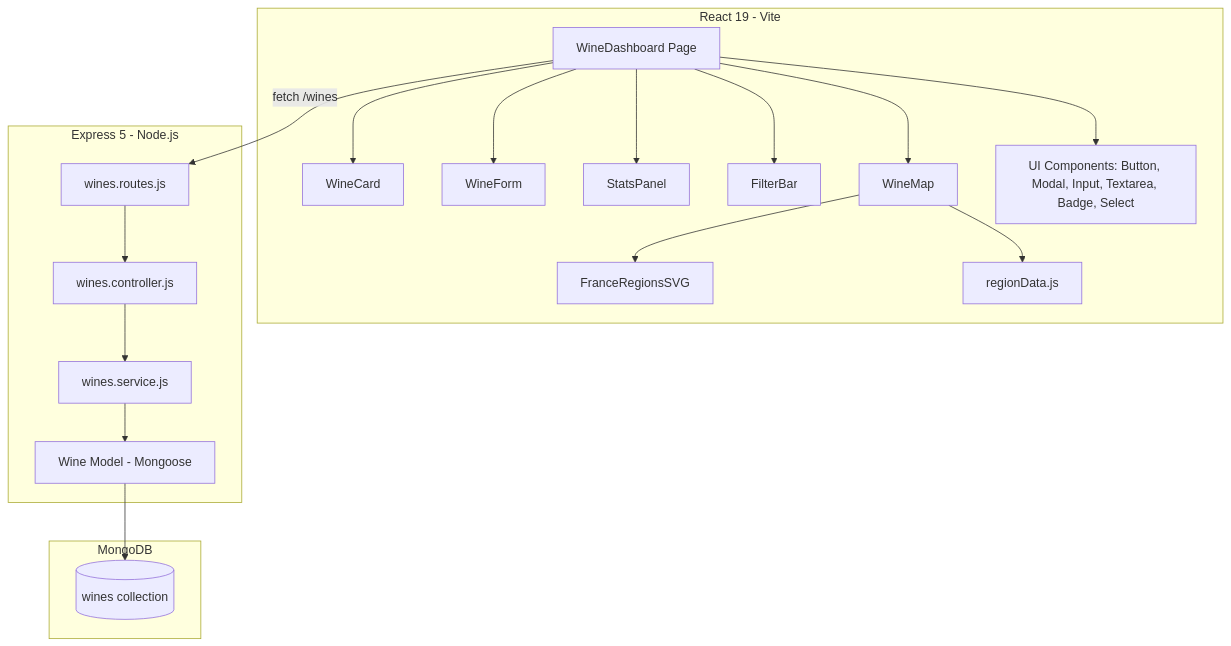
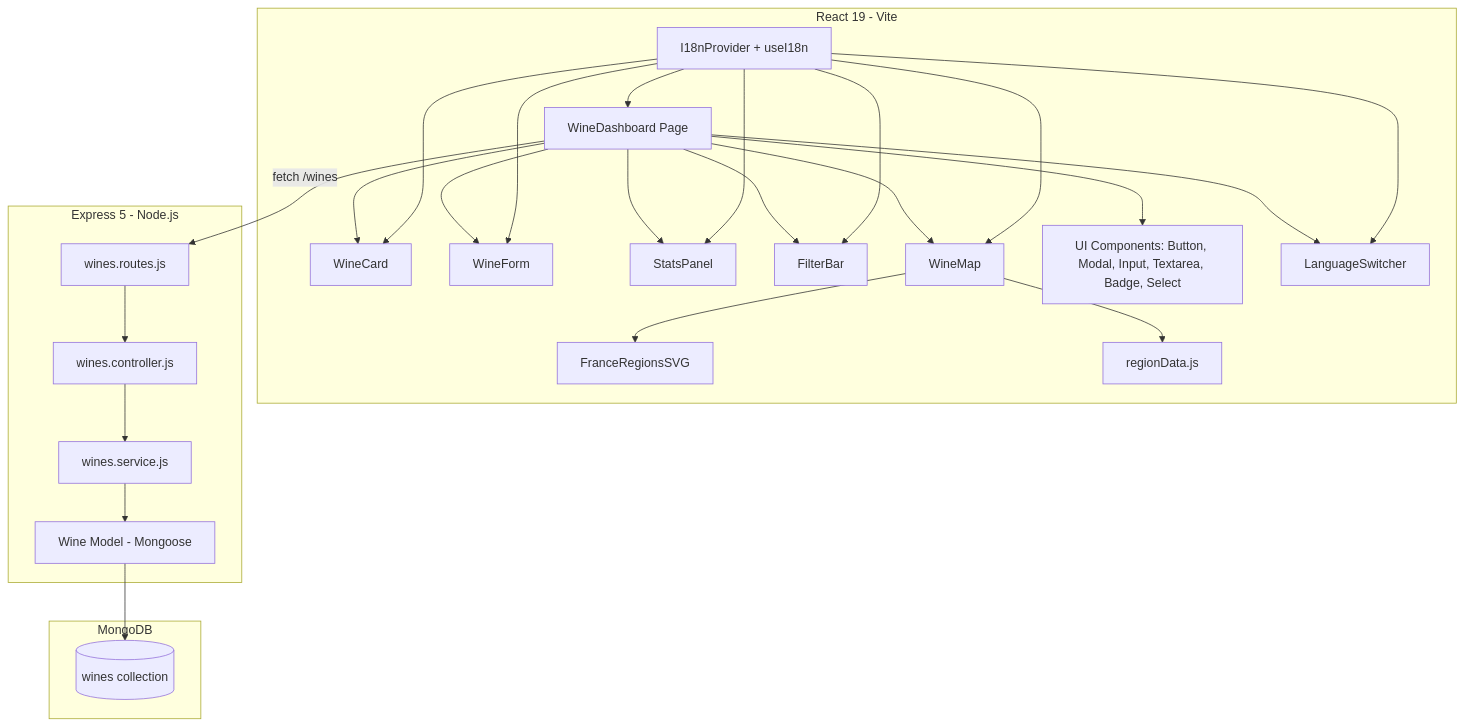
Before and after one commit to lfichet-verimatrix/wine-cellar: the first of 2 diagrams in docs/design.md, drawn with Mermaid. The commit also changed other lines of this file and 4 other files, not shown here.

````diff
--- a/docs/design.md
+++ b/docs/design.md
@@ -21,26 +21,34 @@
 ```mermaid
 graph TD
     subgraph Client [React 19 - Vite]
         A[WineDashboard Page] --> B[WineCard]
         A --> C[WineForm]
         A --> D[StatsPanel]
         A --> E[FilterBar]
         A --> M[WineMap]
         M --> N[FranceRegionsSVG]
         M --> O[regionData.js]
         A --> F[UI Components: Button, Modal, Input, Textarea, Badge, Select]
+        A --> LS[LanguageSwitcher]
+        I18N[I18nProvider + useI18n] --> A
+        I18N --> B
+        I18N --> C
+        I18N --> D
+        I18N --> E
+        I18N --> M
+        I18N --> LS
     end
 
     subgraph Server [Express 5 - Node.js]
         G[wines.routes.js] --> H[wines.controller.js]
         H --> I[wines.service.js]
         I --> J[Wine Model - Mongoose]
     end
 
     subgraph DB [MongoDB]
         K[(wines collection)]
     end
 
     A -- "fetch /wines" --> G
     J --> K
 ```
````
